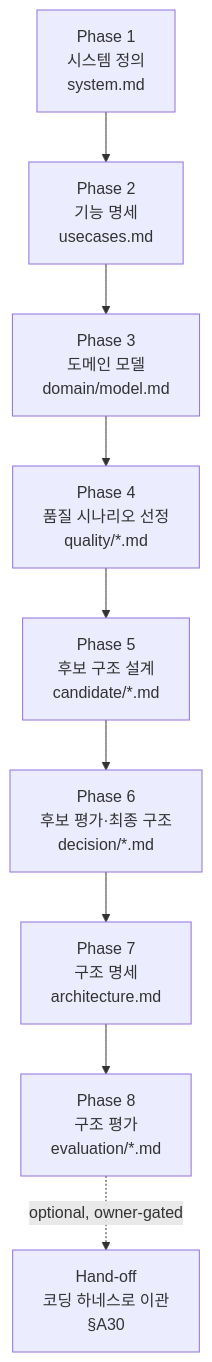
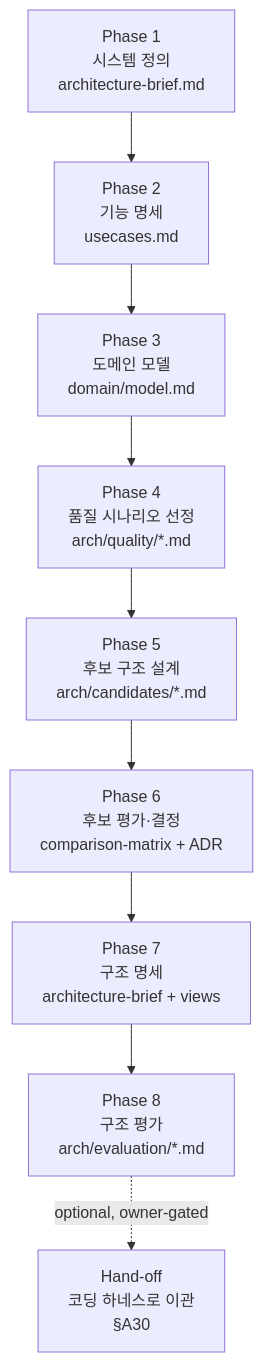
One commit to simpsonys/ysda-arch-harness changed the diagram in standards/ysda-arch-design-standard.md. Above: the diagram before and after it, drawn with Mermaid. The commit also changed other lines of this file and 48 other files, not shown here.

````diff
--- a/standards/ysda-arch-design-standard.md
+++ b/standards/ysda-arch-design-standard.md
@@ -21,11 +21,11 @@
 ```mermaid
 flowchart TD
-  P1[Phase 1<br/>시스템 정의<br/>system.md] --> P2[Phase 2<br/>기능 명세<br/>usecases.md]
+  P1[Phase 1<br/>시스템 정의<br/>architecture-brief.md] --> P2[Phase 2<br/>기능 명세<br/>usecases.md]
   P2 --> P3[Phase 3<br/>도메인 모델<br/>domain/model.md]
-  P3 --> P4[Phase 4<br/>품질 시나리오 선정<br/>quality/*.md]
-  P4 --> P5[Phase 5<br/>후보 구조 설계<br/>candidate/*.md]
-  P5 --> P6[Phase 6<br/>후보 평가·최종 구조<br/>decision/*.md]
-  P6 --> P7[Phase 7<br/>구조 명세<br/>architecture.md]
-  P7 --> P8[Phase 8<br/>구조 평가<br/>evaluation/*.md]
+  P3 --> P4[Phase 4<br/>품질 시나리오 선정<br/>arch/quality/*.md]
+  P4 --> P5[Phase 5<br/>후보 구조 설계<br/>arch/candidates/*.md]
+  P5 --> P6[Phase 6<br/>후보 평가·결정<br/>comparison-matrix + ADR]
+  P6 --> P7[Phase 7<br/>구조 명세<br/>architecture-brief + views]
+  P7 --> P8[Phase 8<br/>구조 평가<br/>arch/evaluation/*.md]
   P8 -.optional, owner-gated.-> P9[Hand-off<br/>코딩 하네스로 이관<br/>§A30]
 ```
````
